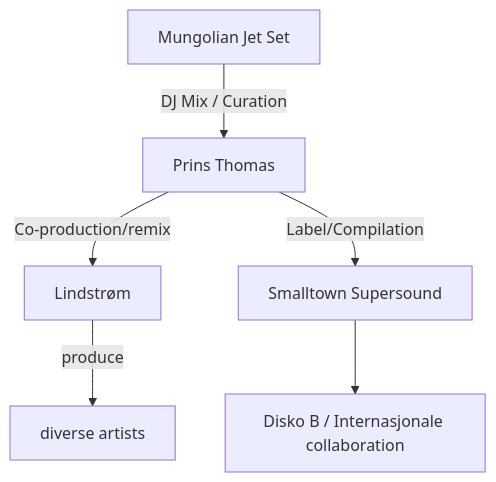
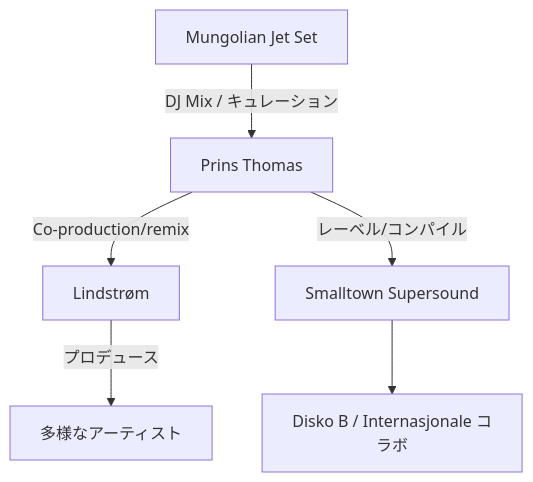
The diagram in en/_posts/2025-09-29-Column-Norwegian-disco.md (monumental-movement/monumental-movement.github.io), drawn with Mermaid before and after one commit. The commit also changed other lines of this file and 2196 other files, not shown here.

```diff
--- a/en/_posts/2025-09-29-Column-Norwegian-disco.md
+++ b/en/_posts/2025-09-29-Column-Norwegian-disco.md
@@ -44,14 +44,14 @@
 <div class="mermaid">
 flowchart TD
   PT[Prins Thomas]
   LS[Lindstrøm]
   MJ[Mungolian Jet Set]
   ST[Smalltown Supersound]
-  DT[Disko B / Internasjonale collaboration]
+  DT[Disko B / Internasjonale コラボ]
 
   PT -->|Co-production/remix| LS
-  LS -->|produce| OtherArtists[diverse artists]
-  MJ -->|DJ Mix / Curation| PT
-  PT -->|Label/Compilation| ST
+  LS -->|プロデュース| OtherArtists[多様なアーティスト]
+  MJ -->|DJ Mix / キュレーション| PT
+  PT -->|レーベル/コンパイル| ST
   ST --> DT
 </div>
```
